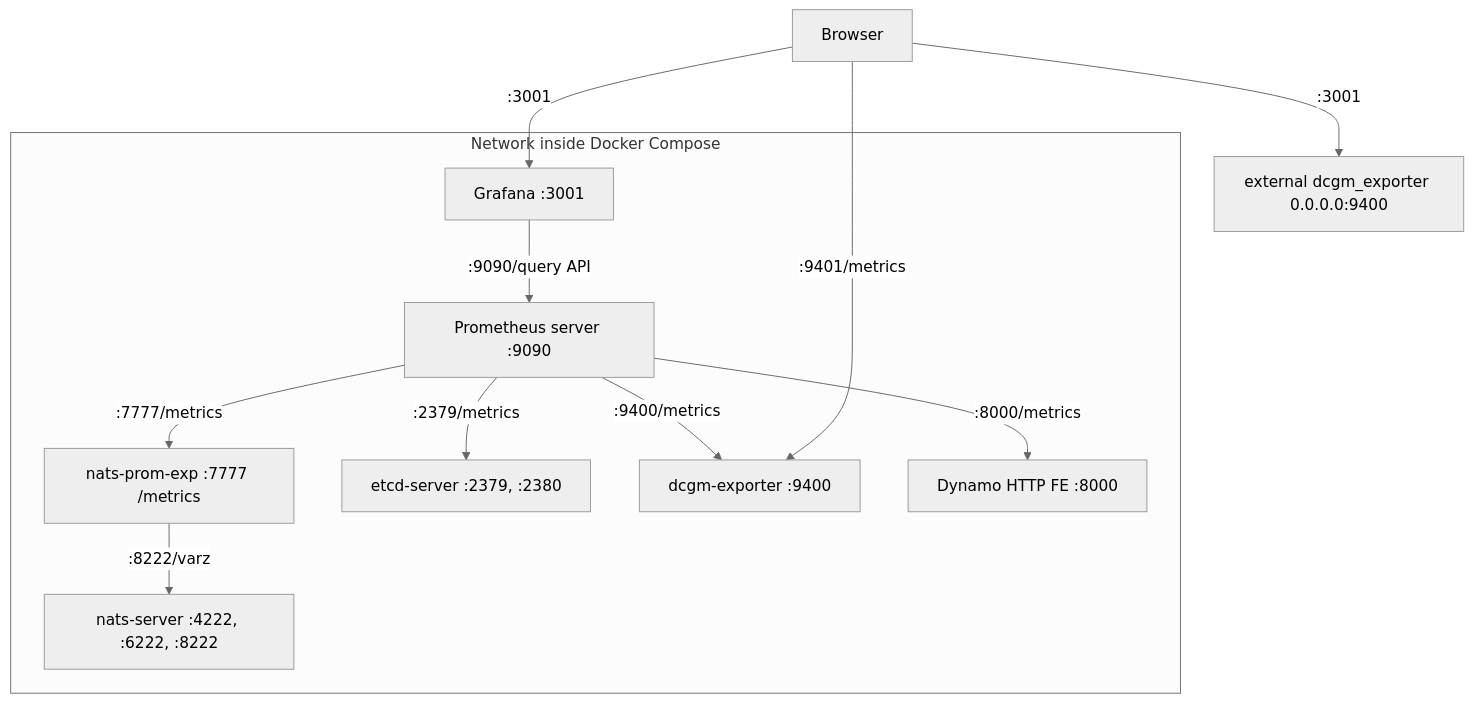
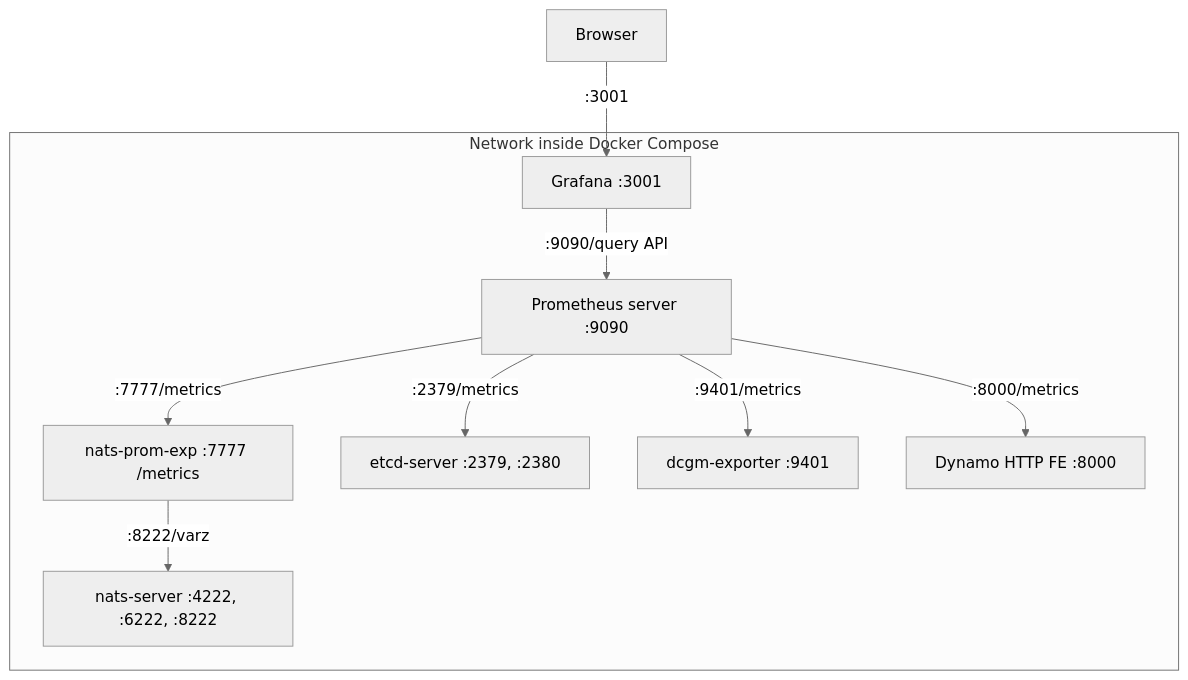
One commit to ai-dynamo/dynamo changed the diagram in deploy/metrics/README.md. Above: the diagram before and after it, drawn with Mermaid (neutral theme). The commit also changed other lines of this file and 2 other files, not shown here.

Commit message:
fix: use port 9401 inside and outside of container

````diff
--- a/deploy/metrics/README.md
+++ b/deploy/metrics/README.md
@@ -13,14 +13,12 @@
 ```mermaid
 graph TD
     BROWSER[Browser] -->|:3001| GRAFANA[Grafana :3001]
-    BROWSER[Browser] -->|:3001| DCGM_EXPORTER2["external dcgm_exporter 0.0.0.0:9400"]
     subgraph DockerComposeNetwork [Network inside Docker Compose]
         NATS_PROM_EXP[nats-prom-exp :7777 /metrics] -->|:8222/varz| NATS_SERVER[nats-server :4222, :6222, :8222]
         PROMETHEUS[Prometheus server :9090] -->|:2379/metrics| ETCD_SERVER[etcd-server :2379, :2380]
-        PROMETHEUS -->|:9400/metrics| DCGM_EXPORTER[dcgm-exporter :9400]
+        PROMETHEUS -->|:9401/metrics| DCGM_EXPORTER[dcgm-exporter :9401]
         PROMETHEUS -->|:7777/metrics| NATS_PROM_EXP
         PROMETHEUS -->|:8000/metrics| DYNAMOFE[Dynamo HTTP FE :8000]
         GRAFANA -->|:9090/query API| PROMETHEUS
     end
-    BROWSER -->|:9401/metrics| DCGM_EXPORTER
 ```
````
